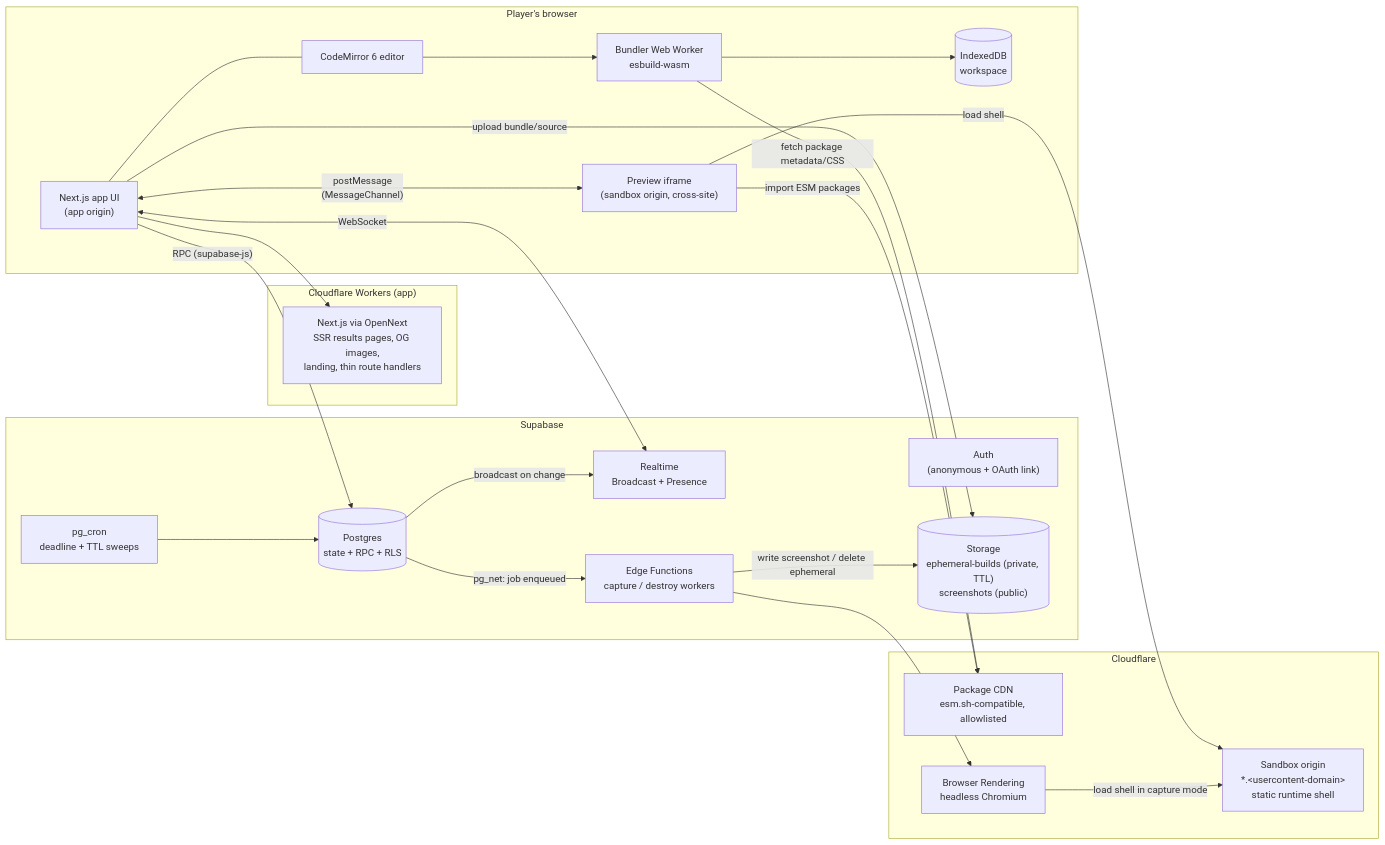
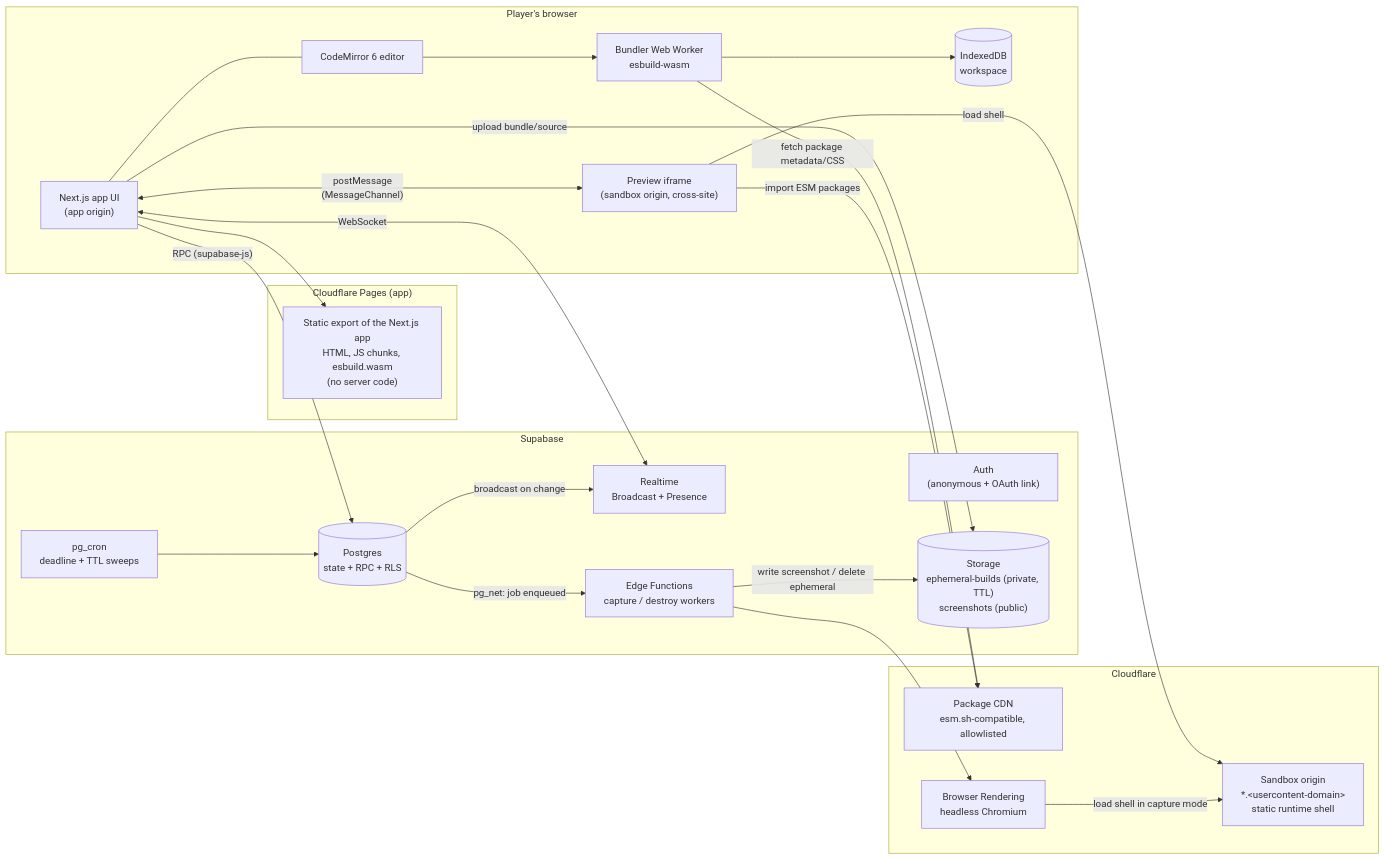
Before and after one commit to ertugrulunal9-ui/Build-Roulette: the first of 2 diagrams in docs/01-architecture.md, drawn with Mermaid. The commit also changed other lines of this file and 15 other files, not shown here.

First line of the commit message:
T-037 WIP: docs for the static site (DEPLOY, README, architecture, free tier §2, runbooks), CI comments

````diff
--- a/docs/01-architecture.md
+++ b/docs/01-architecture.md
@@ -26,47 +26,47 @@
 ```mermaid
 flowchart LR
   subgraph Player["Player's browser"]
     UI["Next.js app UI<br/>(app origin)"]
     ED["CodeMirror 6 editor"]
     BW["Bundler Web Worker<br/>esbuild-wasm"]
     IDB[("IndexedDB<br/>workspace")]
     IF["Preview iframe<br/>(sandbox origin, cross-site)"]
     UI --- ED
     ED --> BW
     BW --> IDB
     UI <-->|"postMessage<br/>(MessageChannel)"| IF
   end
 
-  subgraph CFApp["Cloudflare Workers (app)"]
-    NX["Next.js via OpenNext<br/>SSR results pages, OG images,<br/>landing, thin route handlers"]
+  subgraph CFApp["Cloudflare Pages (app)"]
+    NX["Static export of the Next.js app<br/>HTML, JS chunks, esbuild.wasm<br/>(no server code)"]
   end
 
   subgraph Supabase
     AUTH["Auth<br/>(anonymous + OAuth link)"]
     PG[("Postgres<br/>state + RPC + RLS")]
     RT["Realtime<br/>Broadcast + Presence"]
     ST[("Storage<br/>ephemeral-builds (private, TTL)<br/>screenshots (public)")]
     EF["Edge Functions<br/>capture / destroy workers"]
     CRON["pg_cron<br/>deadline + TTL sweeps"]
   end
 
   subgraph Cloudflare
     SB["Sandbox origin<br/>*.&lt;usercontent-domain&gt;<br/>static runtime shell"]
     CDN["Package CDN<br/>esm.sh-compatible, allowlisted"]
     BR["Browser Rendering<br/>headless Chromium"]
   end
 
   UI -->|"RPC (supabase-js)"| PG
   UI <-->|"WebSocket"| RT
   UI -->|"upload bundle/source"| ST
   UI --> NX
   BW -->|"fetch package metadata/CSS"| CDN
   IF -->|"load shell"| SB
   IF -->|"import ESM packages"| CDN
   PG -->|"broadcast on change"| RT
   CRON --> PG
   PG -->|"pg_net: job enqueued"| EF
   EF --> BR
   BR -->|"load shell in capture mode"| SB
   EF -->|"write screenshot / delete ephemeral"| ST
 ```
````
